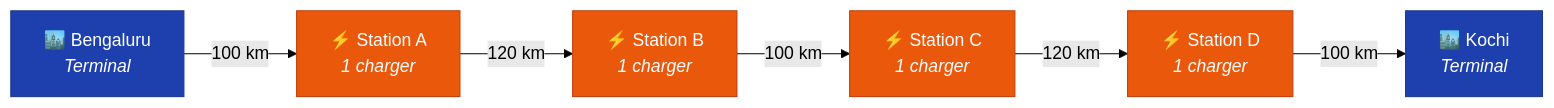
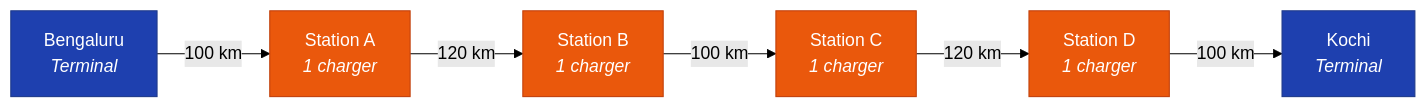
One commit to mukulgupta11/bus_charging_scheduler changed the fourth of 5 diagrams in README.md. Above: the diagram before and after it, drawn with Mermaid (forest theme). The commit also changed other lines of this file and 3 other files, not shown here.

````diff
--- a/README.md
+++ b/README.md
@@ -283,15 +283,15 @@
 ```mermaid
 graph LR
-    BLR["🏙️ Bengaluru<br/><i>Terminal</i>"] -- "100 km" --> A["⚡ Station A<br/><i>1 charger</i>"]
-    A -- "120 km" --> B["⚡ Station B<br/><i>1 charger</i>"]
-    B -- "100 km" --> C["⚡ Station C<br/><i>1 charger</i>"]
-    C -- "120 km" --> D["⚡ Station D<br/><i>1 charger</i>"]
-    D -- "100 km" --> KCH["🏙️ Kochi<br/><i>Terminal</i>"]
+    BLR["Bengaluru<br/><i>Terminal</i>"] -- "100 km" --> A["Station A<br/><i>1 charger</i>"]
+    A -- "120 km" --> B["Station B<br/><i>1 charger</i>"]
+    B -- "100 km" --> C["Station C<br/><i>1 charger</i>"]
+    C -- "120 km" --> D["Station D<br/><i>1 charger</i>"]
+    D -- "100 km" --> KCH["Kochi<br/><i>Terminal</i>"]
 
     style BLR fill:#1E40AF,color:#fff,stroke:#1E3A8A
     style A fill:#EA580C,color:#fff,stroke:#C2410C
     style B fill:#EA580C,color:#fff,stroke:#C2410C
     style C fill:#EA580C,color:#fff,stroke:#C2410C
     style D fill:#EA580C,color:#fff,stroke:#C2410C
     style KCH fill:#1E40AF,color:#fff,stroke:#1E3A8A
 ```
````
